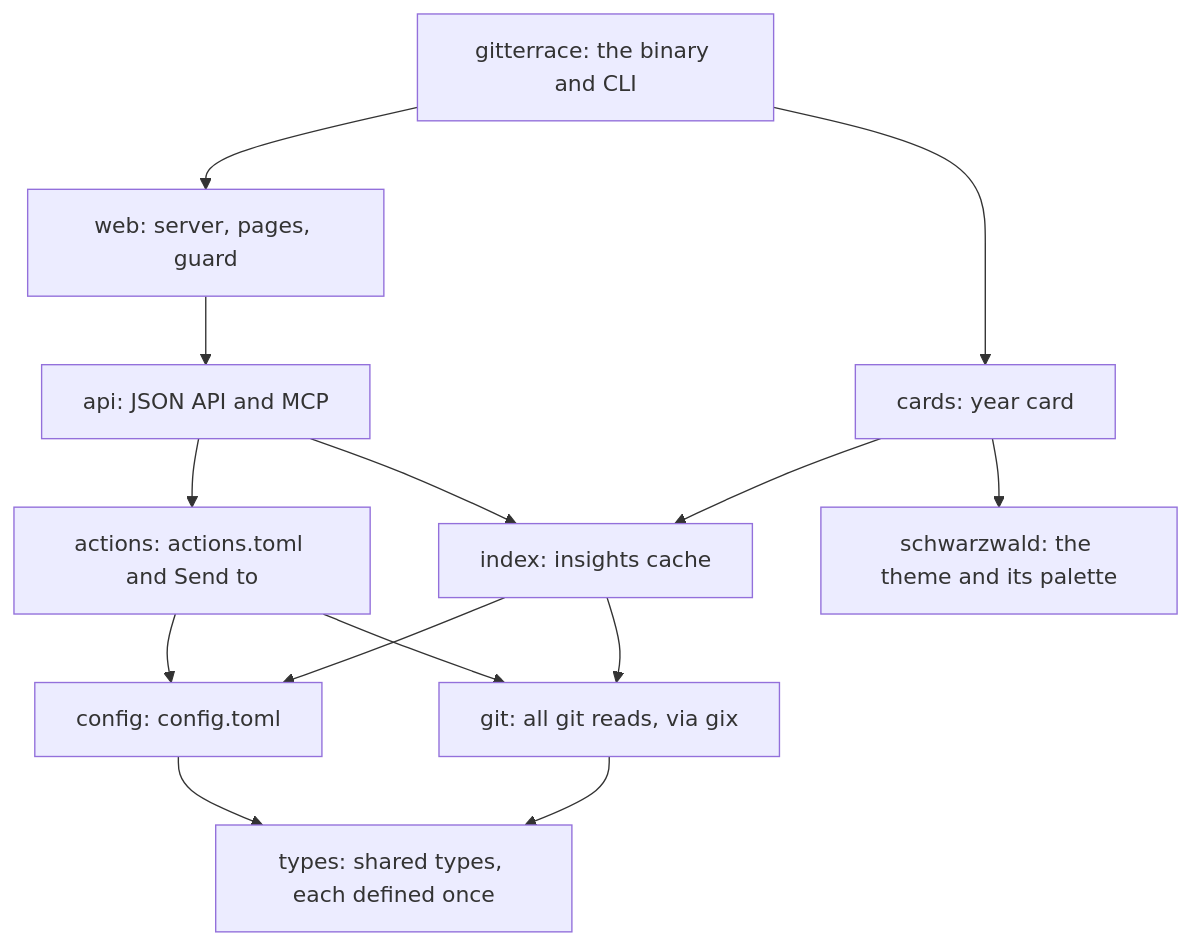
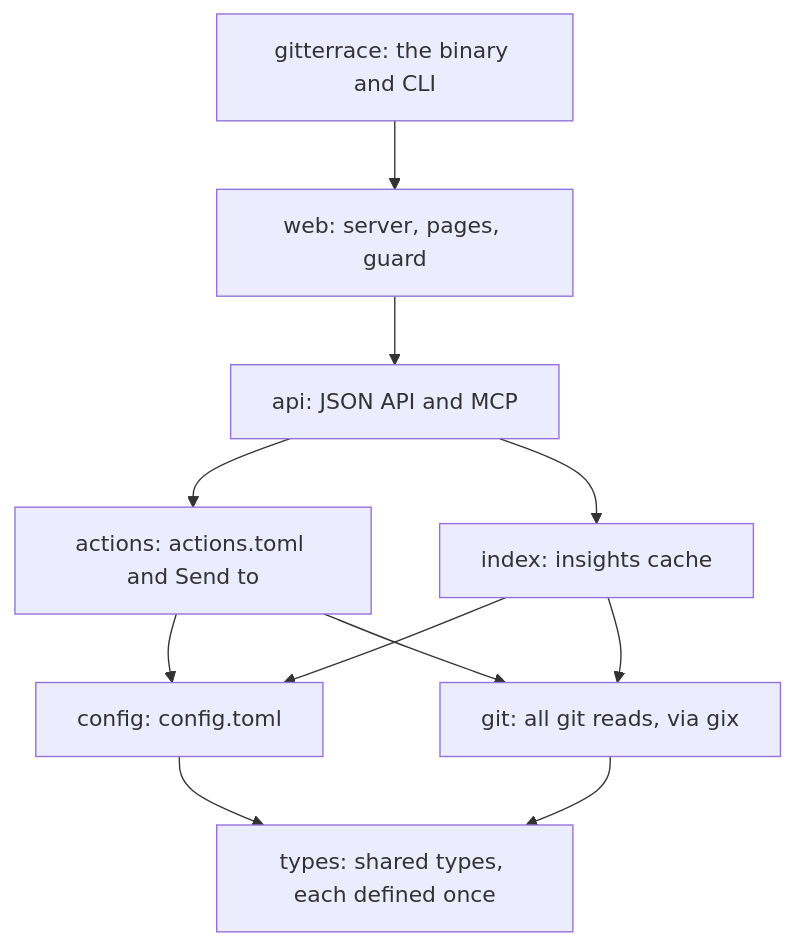
One commit to gitterrace/gitterrace changed the diagram in docs/architecture.md. Above: the diagram before and after it, drawn with Mermaid. The commit also changed other lines of this file and 23 other files, not shown here.

First line of the commit message:
feat!: drop the year card

````diff
--- a/docs/architecture.md
+++ b/docs/architecture.md
@@ -4,26 +4,21 @@
 ```mermaid
 flowchart TD
   gitterrace["gitterrace: the binary and CLI"]
   actions["actions: actions.toml and Send to"]
   api["api: JSON API and MCP"]
-  cards["cards: year card"]
   config["config: config.toml"]
   git["git: all git reads, via gix"]
   index["index: insights cache"]
   types["types: shared types, each defined once"]
   web["web: server, pages, guard"]
-  schwarzwald["schwarzwald: the theme and its palette"]
-  gitterrace --> cards
   gitterrace --> web
   actions --> config
   actions --> git
   api --> actions
   api --> index
-  cards --> index
-  cards --> schwarzwald
   config --> types
   git --> types
   index --> config
   index --> git
   web --> api
 ```
````
